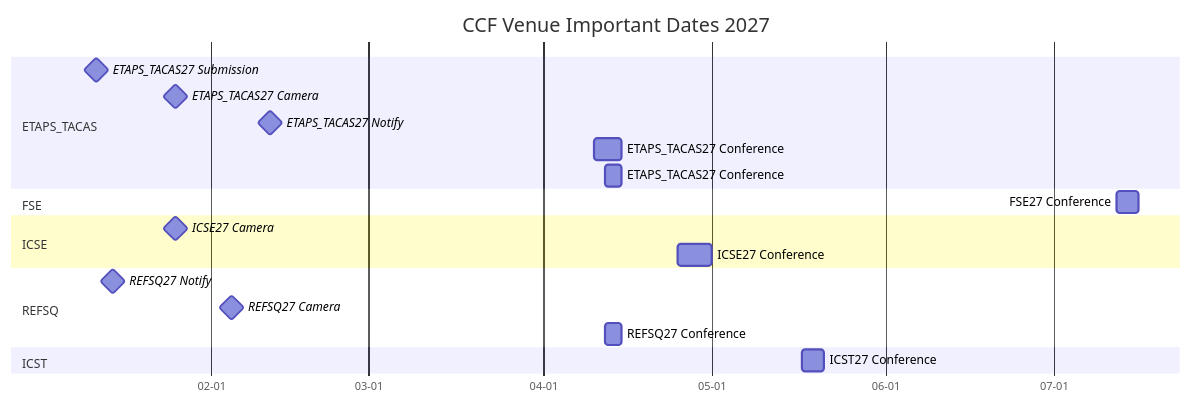
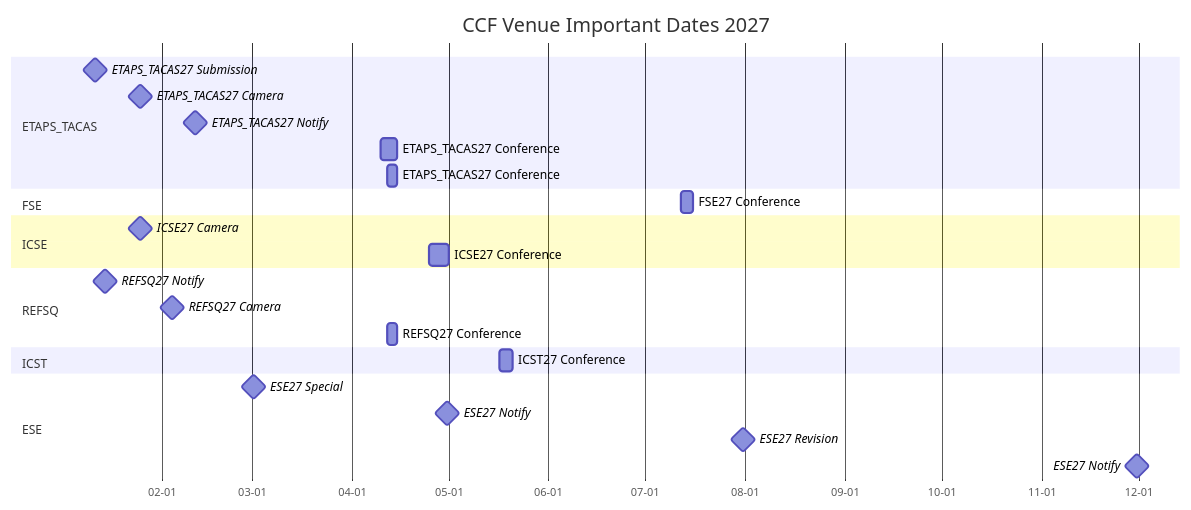
The second of 9 diagrams in ccf_venues/TIMELINE.md (HansBug/research_ideas), drawn with Mermaid before and after one commit. The commit also changed other lines of this file and 35 other files, not shown here.

````diff
--- a/ccf_venues/TIMELINE.md
+++ b/ccf_venues/TIMELINE.md
@@ -140,29 +151,35 @@
 ```mermaid
 gantt
   title CCF Venue Important Dates 2027
   dateFormat YYYY-MM-DD
   axisFormat %m-%d
 
   section ETAPS_TACAS
   ETAPS_TACAS27 Submission :milestone, etaps_tacas_2027_1_20270111, 2027-01-11, 1d
   ETAPS_TACAS27 Camera :milestone, etaps_tacas_2027_2_20270125, 2027-01-25, 1d
   ETAPS_TACAS27 Notify :milestone, etaps_tacas_2027_3_20270211, 2027-02-11, 1d
   ETAPS_TACAS27 Conference :etaps_tacas_2027_4_20270410, 2027-04-10, 2027-04-15
   ETAPS_TACAS27 Conference :etaps_tacas_2027_5_20270412, 2027-04-12, 2027-04-15
 
   section FSE
   FSE27 Conference :fse_2027_1_20270712, 2027-07-12, 2027-07-16
 
   section ICSE
   ICSE27 Camera :milestone, icse_2027_1_20270125, 2027-01-25, 1d
   ICSE27 Conference :icse_2027_2_20270425, 2027-04-25, 2027-05-01
 
   section REFSQ
   REFSQ27 Notify :milestone, refsq_2027_1_20270114, 2027-01-14, 1d
   REFSQ27 Camera :milestone, refsq_2027_2_20270204, 2027-02-04, 1d
   REFSQ27 Conference :refsq_2027_3_20270412, 2027-04-12, 2027-04-15
 
   section ICST
   ICST27 Conference :icst2027_conf, 2027-05-17, 2027-05-21
 
+  section ESE
+  ESE27 Special :milestone, ese_2027_1_20270301, 2027-03-01, 1d
+  ESE27 Notify :milestone, ese_2027_2_20270430, 2027-04-30, 1d
+  ESE27 Revision :milestone, ese_2027_3_20270731, 2027-07-31, 1d
+  ESE27 Notify :milestone, ese_2027_4_20271130, 2027-11-30, 1d
+
 ```
````
